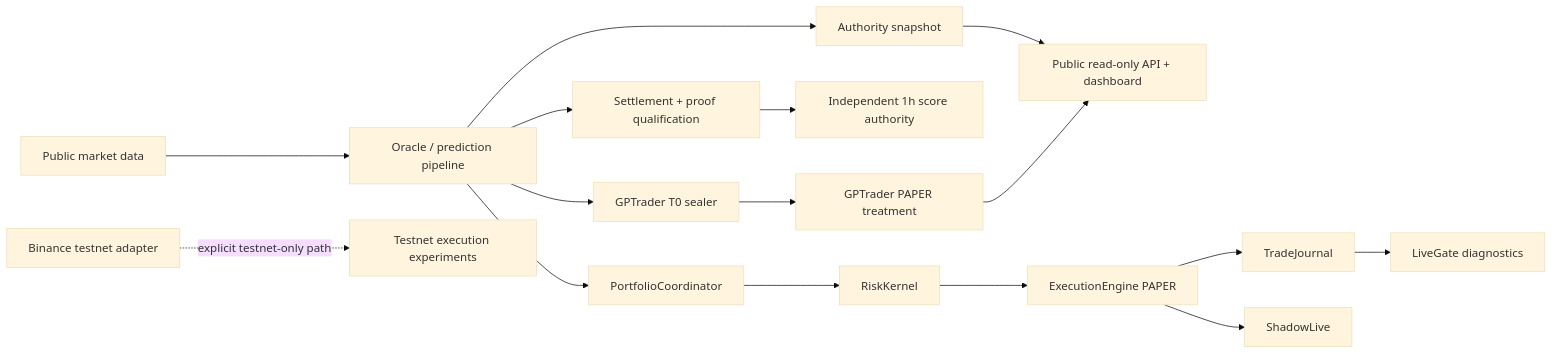
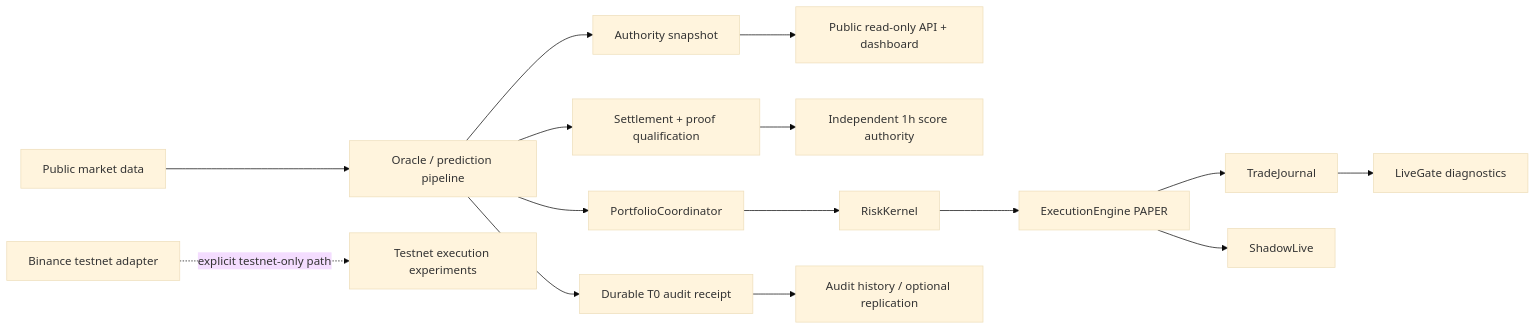
Before and after one commit to simondalmasso/SeneX: the diagram in README.md, drawn with Mermaid (base theme). The commit also changed other lines of this file and 56 other files, not shown here.

Commit message:
Retire GPTrader decision model; preserve T0 audit and add read-only OpenSRE

````diff
--- a/README.md
+++ b/README.md
@@ -44,21 +44,20 @@
 ```mermaid
 flowchart LR
     M[Public market data] --> O[Oracle / prediction pipeline]
     O --> A[Authority snapshot]
     A --> P[Public read-only API + dashboard]
     O --> S[Settlement + proof qualification]
     S --> Q[Independent 1h score authority]
 
     O --> C[PortfolioCoordinator]
     C --> R[RiskKernel]
     R --> E[ExecutionEngine PAPER]
     E --> J[TradeJournal]
     E --> H[ShadowLive]
     J --> L[LiveGate diagnostics]
 
-    O --> G0[GPTrader T0 sealer]
-    G0 --> G1[GPTrader PAPER treatment]
-    G1 --> P
+    O --> G0[Durable T0 audit receipt]
+    G0 --> A0[Audit history / optional replication]
 
     X[Binance testnet adapter] -. explicit testnet-only path .-> T[Testnet execution experiments]
 ```
````
